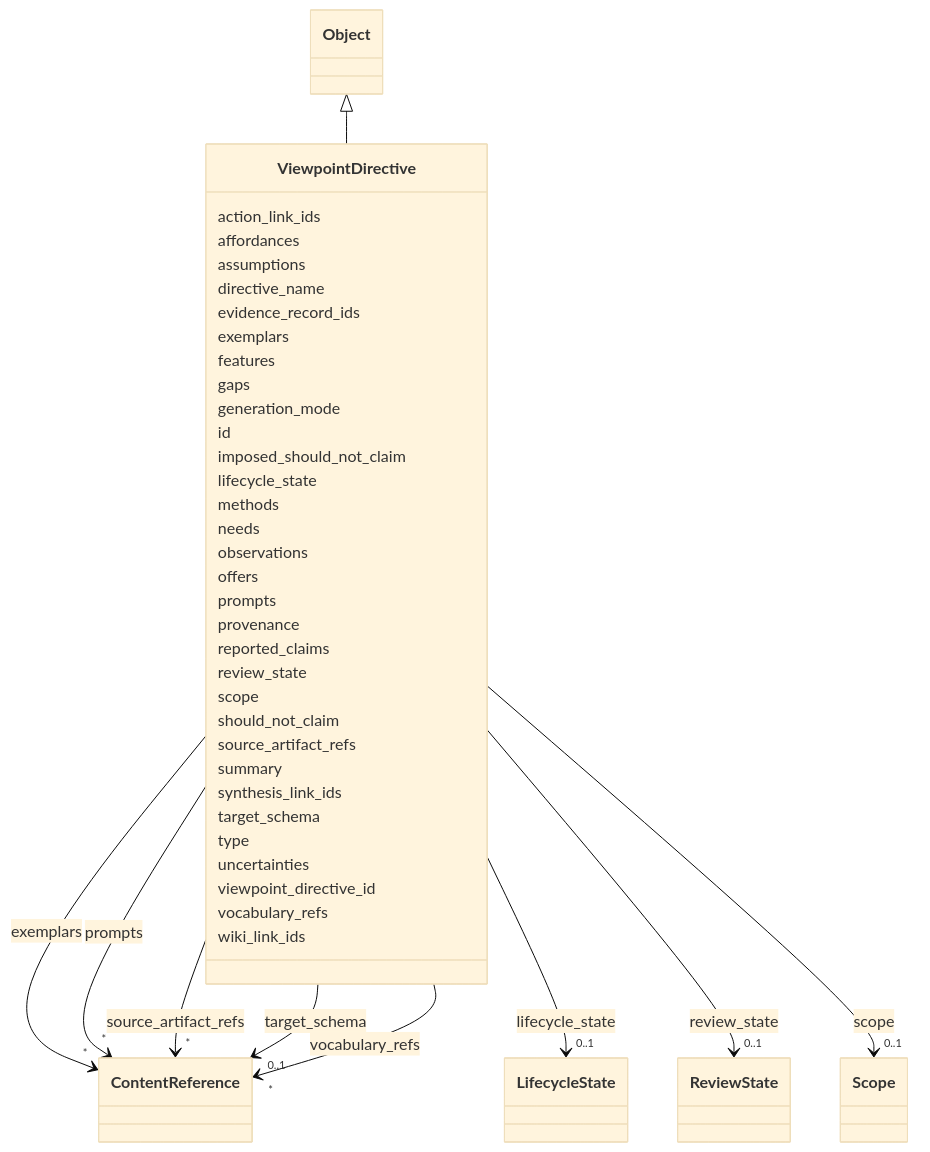
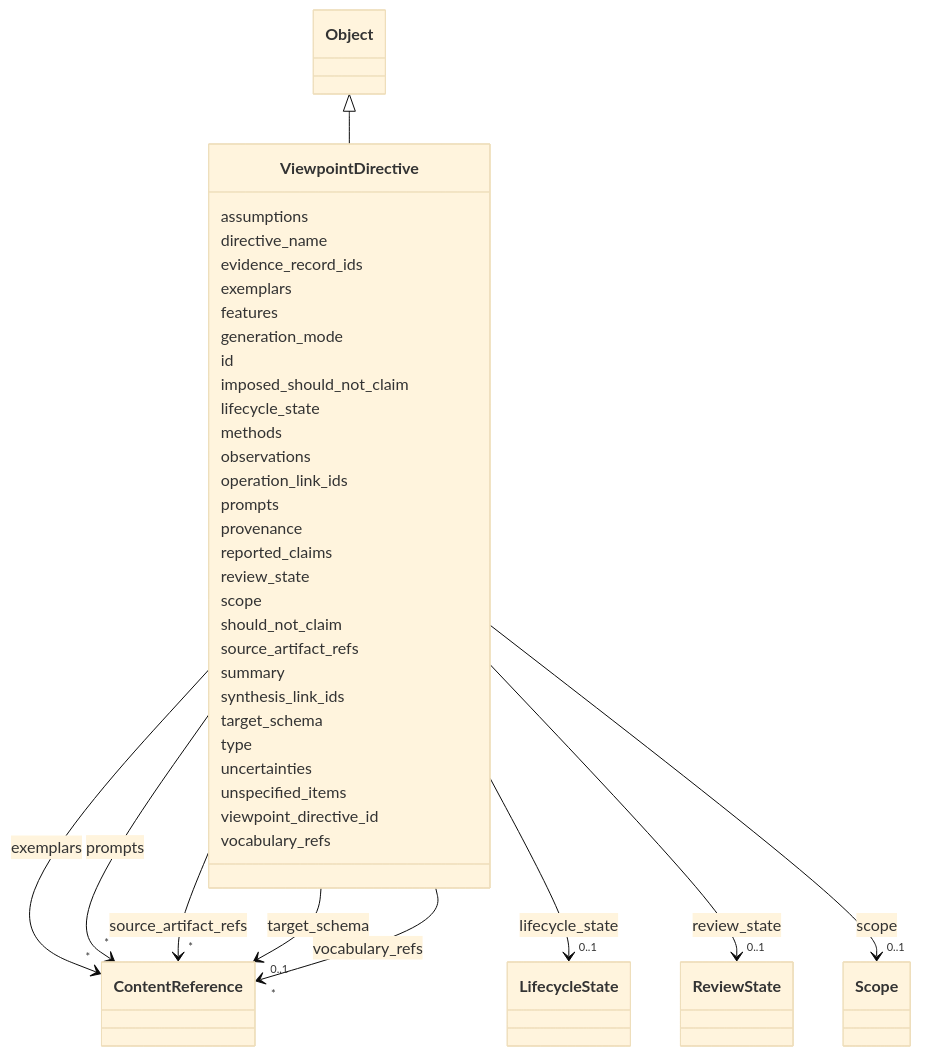
Before and after one commit to phzwart/pygrits: the diagram in docs/ViewpointDirective.md, drawn with Mermaid (base theme). The commit also changed other lines of this file and 184 other files, not shown here.

````diff
--- a/docs/ViewpointDirective.md
+++ b/docs/ViewpointDirective.md
@@ -27,10 +27,6 @@
       Object <|-- ViewpointDirective
         click Object href "../Object/"
       
-      ViewpointDirective : action_link_ids
-        
-      ViewpointDirective : affordances
-        
       ViewpointDirective : assumptions
         
       ViewpointDirective : directive_name
@@ -49,8 +45,6 @@
 
         
       ViewpointDirective : features
-        
-      ViewpointDirective : gaps
         
       ViewpointDirective : generation_mode
         
@@ -71,11 +65,9 @@
         
       ViewpointDirective : methods
         
-      ViewpointDirective : needs
-        
       ViewpointDirective : observations
         
-      ViewpointDirective : offers
+      ViewpointDirective : operation_link_ids
         
       ViewpointDirective : prompts
         
@@ -146,6 +138,8 @@
         
       ViewpointDirective : uncertainties
         
+      ViewpointDirective : unspecified_items
+        
       ViewpointDirective : viewpoint_directive_id
         
       ViewpointDirective : vocabulary_refs
@@ -159,7 +153,5 @@
     
 
         
-      ViewpointDirective : wiki_link_ids
-        
       
 ```
````
